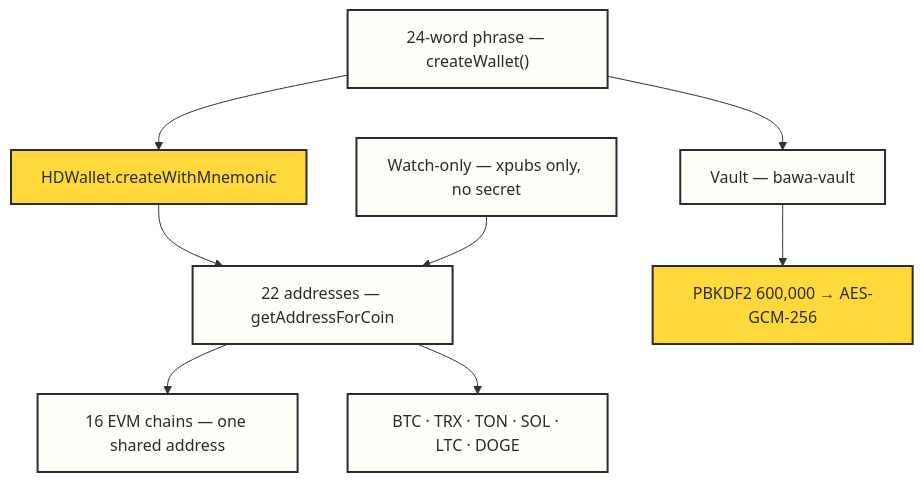
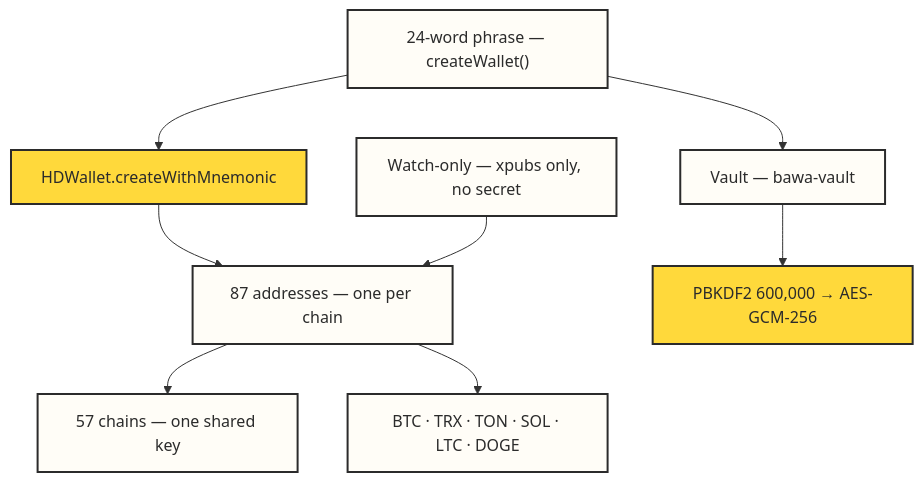
One commit to Pr3eve6ti2o/bawa changed the second of 3 diagrams in docs/HOW-IT-WORKS.md. Above: the diagram before and after it, drawn with Mermaid. The commit also changed other lines of this file and 16 other files, not shown here.

````diff
--- a/docs/HOW-IT-WORKS.md
+++ b/docs/HOW-IT-WORKS.md
@@ -60,21 +62,21 @@
 ```mermaid
 flowchart TB
     accTitle: Keys and vault
     accDescr: One 24-word phrase opens one HD wallet; the vault encrypts it on the device and the core derives one address per chain.
 
     phrase["24-word phrase — createWallet()"] --> hd["HDWallet.createWithMnemonic"]
-    hd --> addrs["22 addresses — getAddressForCoin"]
+    hd --> addrs["87 addresses — one per chain"]
     phrase --> vault["Vault — bawa-vault"]
     vault --> kdf["PBKDF2 600,000 → AES-GCM-256"]
-    addrs --> evm["16 EVM chains — one shared address"]
+    addrs --> evm["57 chains — one shared key"]
     addrs --> other["BTC · TRX · TON · SOL · LTC · DOGE"]
     watch["Watch-only — xpubs only, no secret"] --> addrs
 
     classDef guide fill:#FFFDF7,stroke:#2B2B2B,stroke-width:2px,color:#2B2B2B
     classDef sun fill:#FFD93B,stroke:#2B2B2B,stroke-width:2px,color:#2B2B2B
     classDef plain fill:#FFFDF7,stroke:#2B2B2B,stroke-width:2px,color:#2B2B2B
 
     class phrase,vault guide
     class hd,kdf sun
     class addrs,evm,other,watch plain
 ```
````
